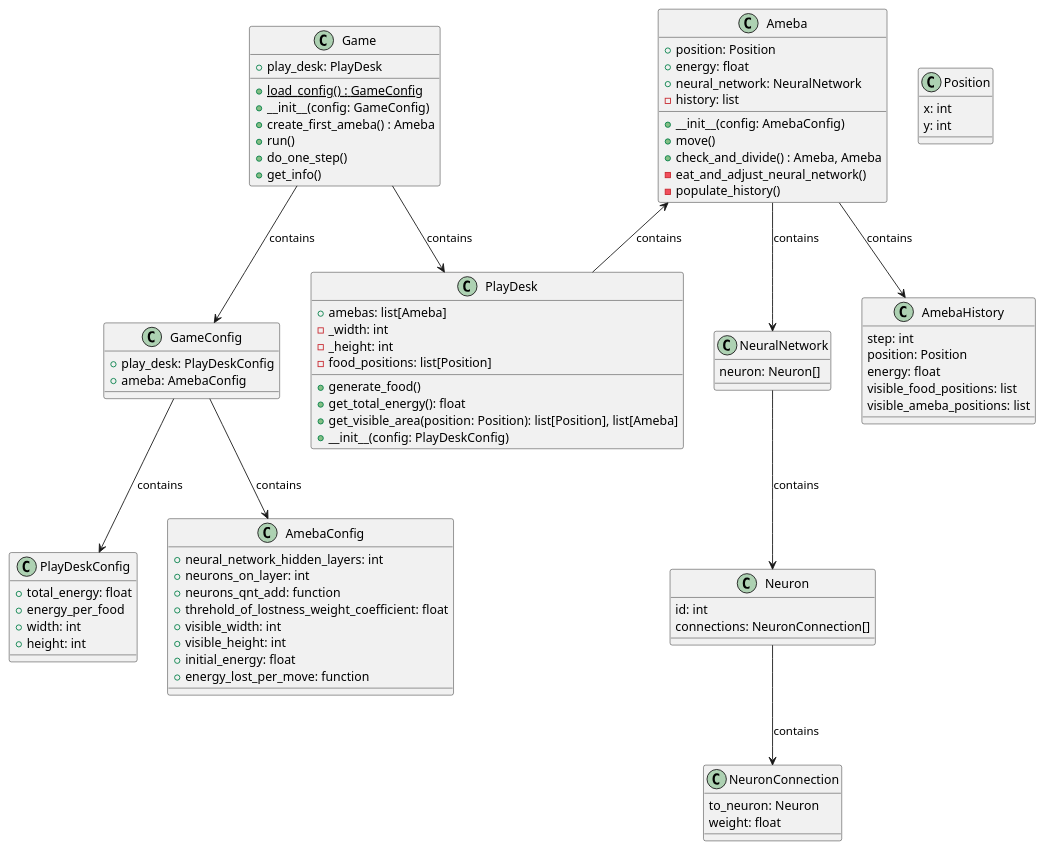
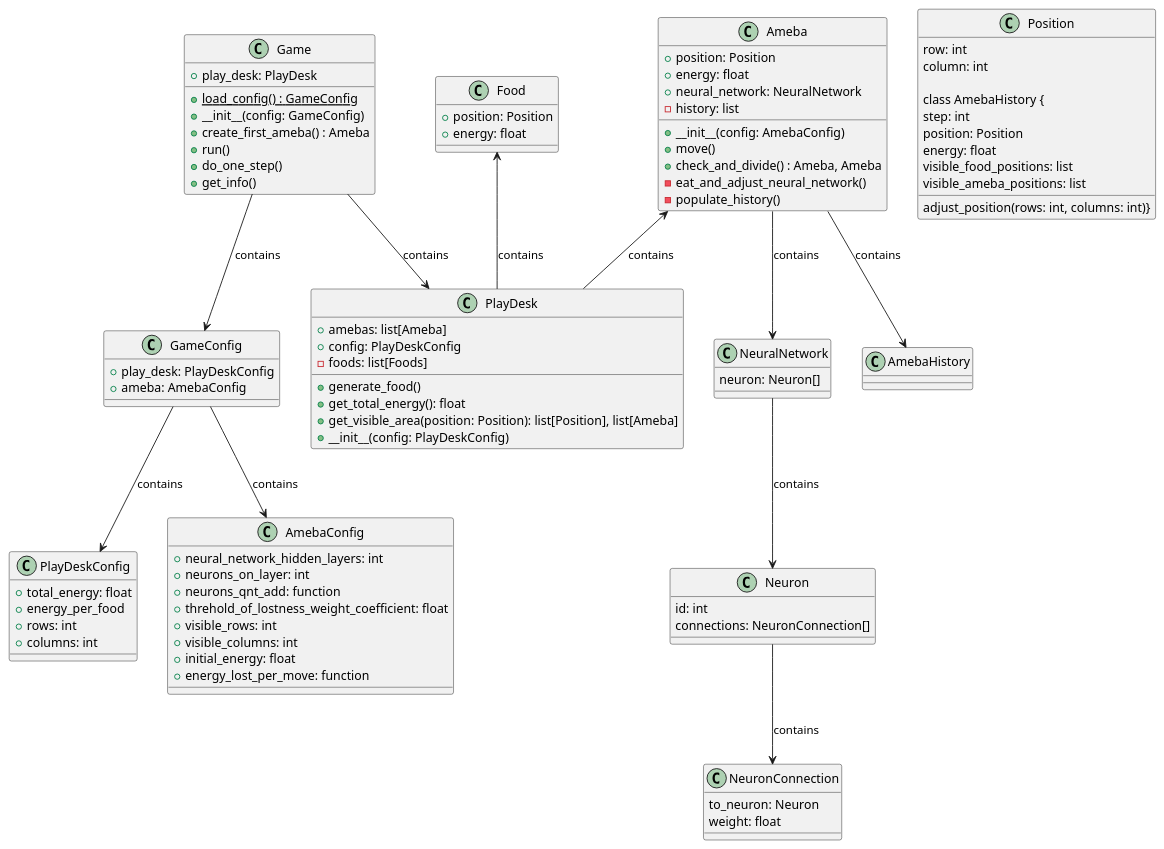
One commit to leslobov/ameba changed the diagram in uml/classes.puml. Above: the diagram before and after it, drawn with PlantUML. The commit also changed 16 other files, not shown here.

```diff
--- a/uml/classes.puml
+++ b/uml/classes.puml
@@ -1,111 +1,116 @@
 @startuml
 
 
 class PlayDeskConfig {
     + total_energy: float
     + energy_per_food
-    + width: int
-    + height: int
+    + rows: int
+    + columns: int
 }
 
 class AmebaConfig {
     + neural_network_hidden_layers: int
     + neurons_on_layer: int
     + neurons_qnt_add: function
     + threhold_of_lostness_weight_coefficient: float
-    + visible_width: int
-    + visible_height: int
+    + visible_rows: int
+    + visible_columns: int
     + initial_energy: float
     + energy_lost_per_move: function
 }
 
 class GameConfig {
     + play_desk: PlayDeskConfig
     + ameba: AmebaConfig
 
 }
 
 GameConfig --> PlayDeskConfig : contains
 GameConfig --> AmebaConfig : contains
 
 
 class PlayDesk {
     + amebas: list[Ameba]
-    - _width: int
-    - _height: int
-    - food_positions: list[Position]
+    + config: PlayDeskConfig
+    - foods: list[Foods]
     + generate_food()
     + get_total_energy(): float
     + get_visible_area(position: Position): list[Position], list[Ameba]
     + __init__(config: PlayDeskConfig)
 }
 
 
 class NeuronConnection {
     to_neuron: Neuron
     weight: float
 }
 
 
 class Neuron {
     id: int
     connections: NeuronConnection[]
 }
 
 
 Neuron --> NeuronConnection : contains
 
 
 class NeuralNetwork {
     neuron: Neuron[]
 }
 
 NeuralNetwork --> Neuron : contains
 
 
 class Position {
-    x: int
-    y: int
-}
+    row: int
+    column: int
+    adjust_position(rows: int, columns: int)}
 
 class AmebaHistory {
     step: int
     position: Position
     energy: float
     visible_food_positions: list
     visible_ameba_positions: list
 }
 
+
+class Food {
+    + position: Position
+    + energy: float
+}
 
 class Ameba {
     + position: Position
     + energy: float
     + neural_network: NeuralNetwork
     - history: list
     + __init__(config: AmebaConfig)
     + move()
     + check_and_divide() : Ameba, Ameba
     - eat_and_adjust_neural_network()
     - populate_history()
 }
 
 Ameba --> AmebaHistory : contains
 Ameba --> NeuralNetwork : contains
 Ameba <-- PlayDesk : contains
+Food <-- PlayDesk : contains
 
 
 class Game {
     + {static} load_config() : GameConfig
     + play_desk: PlayDesk
     + __init__(config: GameConfig)
     + create_first_ameba() : Ameba
     + run()
     + do_one_step()
     + get_info()
 }
 
 Game --> PlayDesk : contains
 Game --> GameConfig : contains
 
 
 @enduml
```
